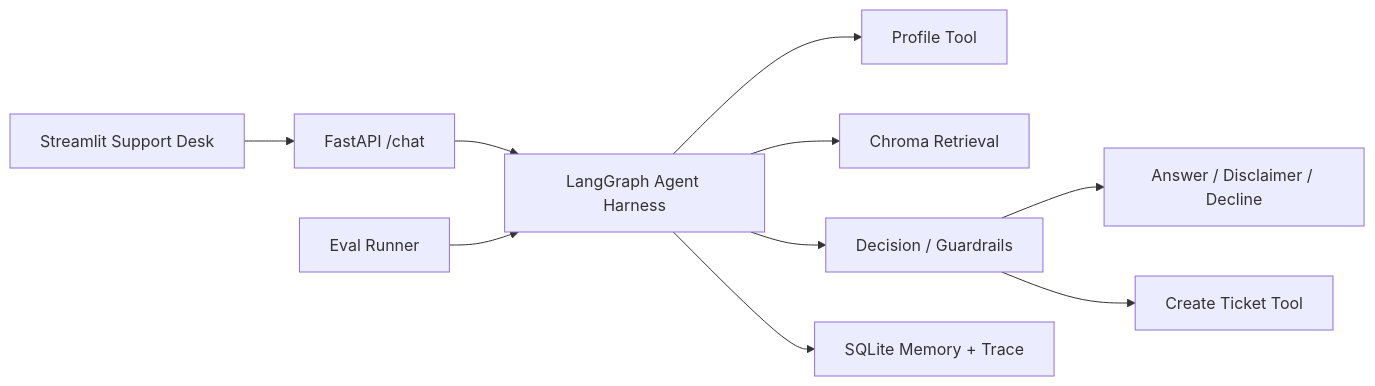
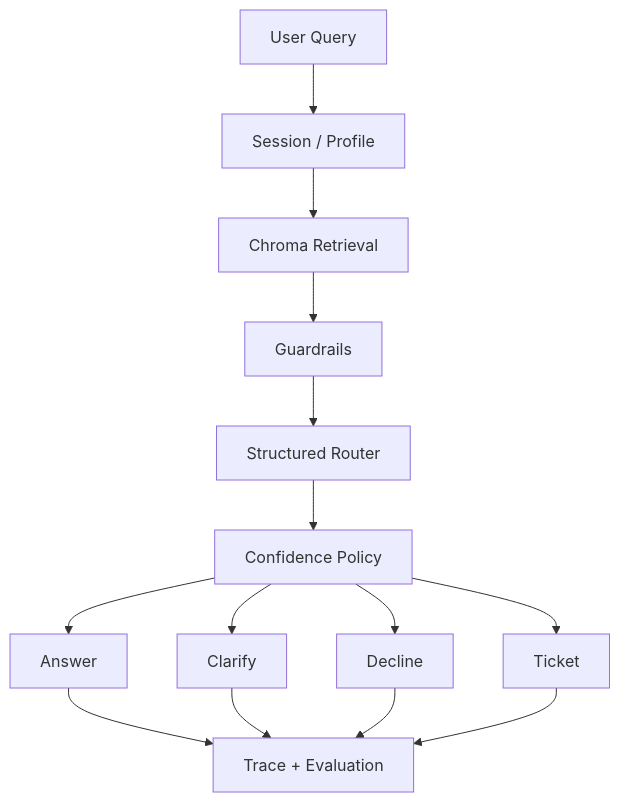
The diagram in README.md (JiaoZiQ/Knowledge_Support_Agent), drawn with Mermaid before and after one commit. The commit also changed other lines of this file and 46 other files, not shown here.

Commit message:
feat: upgrade and harden controllable LangGraph support agent

````diff
--- a/README.md
+++ b/README.md
@@ -21,12 +9,16 @@
 ```mermaid
-flowchart LR
-  UI["Streamlit Support Desk"] --> API["FastAPI /chat"]
-  API --> LG["LangGraph Agent Harness"]
-  LG --> P["Profile Tool"]
-  LG --> R["Chroma Retrieval"]
-  LG --> D["Decision / Guardrails"]
-  D --> A["Answer / Disclaimer / Decline"]
-  D --> T["Create Ticket Tool"]
-  LG --> M["SQLite Memory + Trace"]
-  E["Eval Runner"] --> LG
+flowchart TD
+  U["User Query"] --> S["Session / Profile"]
+  S --> R["Chroma Retrieval"]
+  R --> G["Guardrails"]
+  G --> L["Structured Router"]
+  L --> C["Confidence Policy"]
+  C --> A["Answer"]
+  C --> Q["Clarify"]
+  C --> D["Decline"]
+  C --> T["Ticket"]
+  A --> O["Trace + Evaluation"]
+  Q --> O
+  D --> O
+  T --> O
 ```
````
